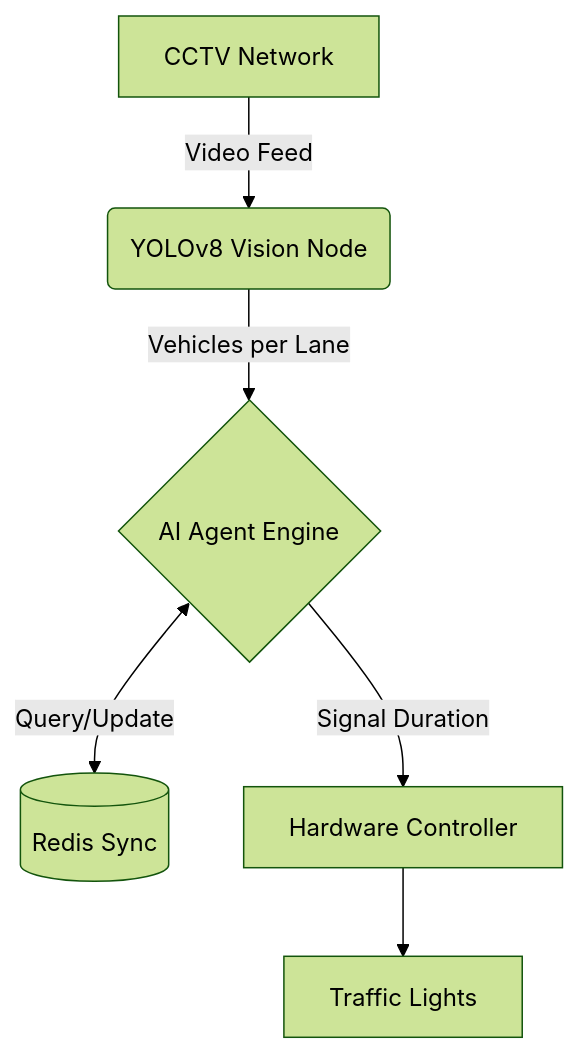
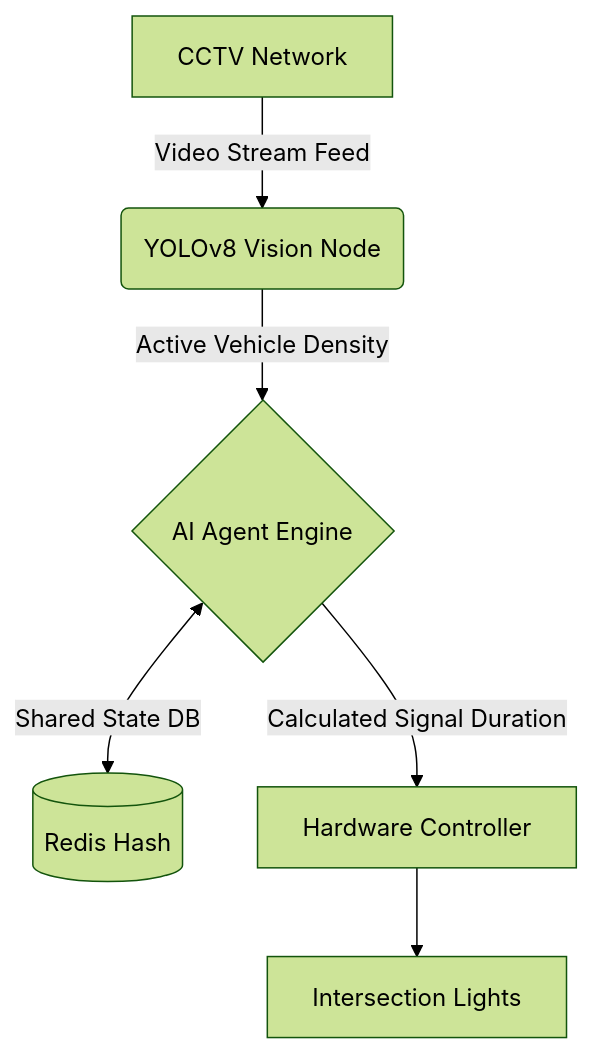
Before and after one commit to vaishnavi-ctrl-jpg/SIGNAL-X: the first of 2 diagrams in README.md, drawn with Mermaid (forest theme). The commit also changed other lines of this file, not shown here.

````diff
--- a/README.md
+++ b/README.md
@@ -24,8 +24,8 @@
 ```mermaid
 graph TD
-    A[CCTV Network] -->|Video Feed| B(YOLOv8 Vision Node)
-    B -->|Vehicles per Lane| C{AI Agent Engine}
-    C <-->|Query/Update| D[(Redis Sync)]
-    C -->|Signal Duration| E[Hardware Controller]
-    E --> F[Traffic Lights]
+    A[CCTV Network] -->|Video Stream Feed| B(YOLOv8 Vision Node)
+    B -->|Active Vehicle Density| C{AI Agent Engine}
+    C <-->|Shared State DB| D[(Redis Hash)]
+    C -->|Calculated Signal Duration| E[Hardware Controller]
+    E --> F[Intersection Lights]
 ```
````
